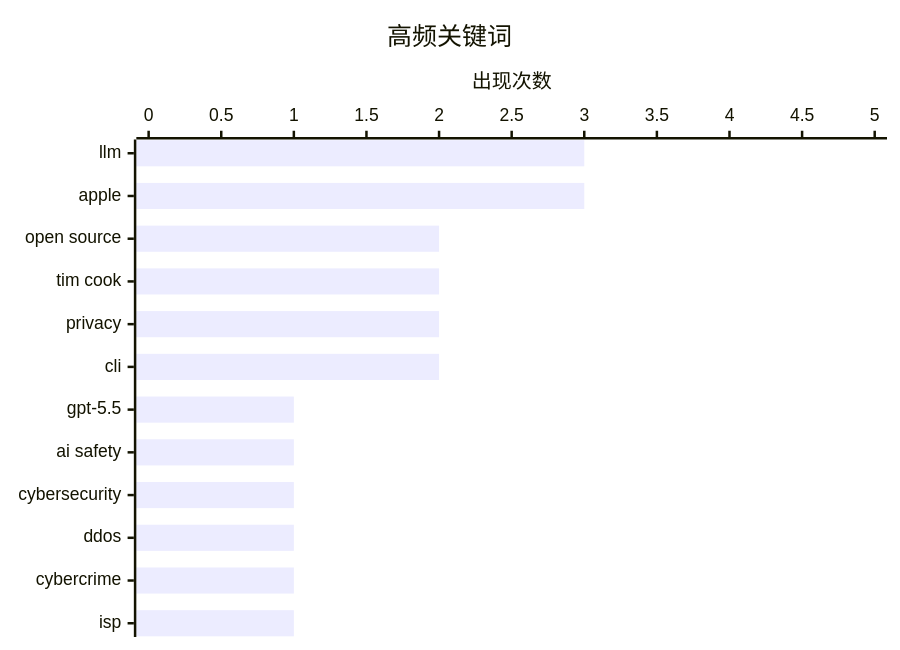
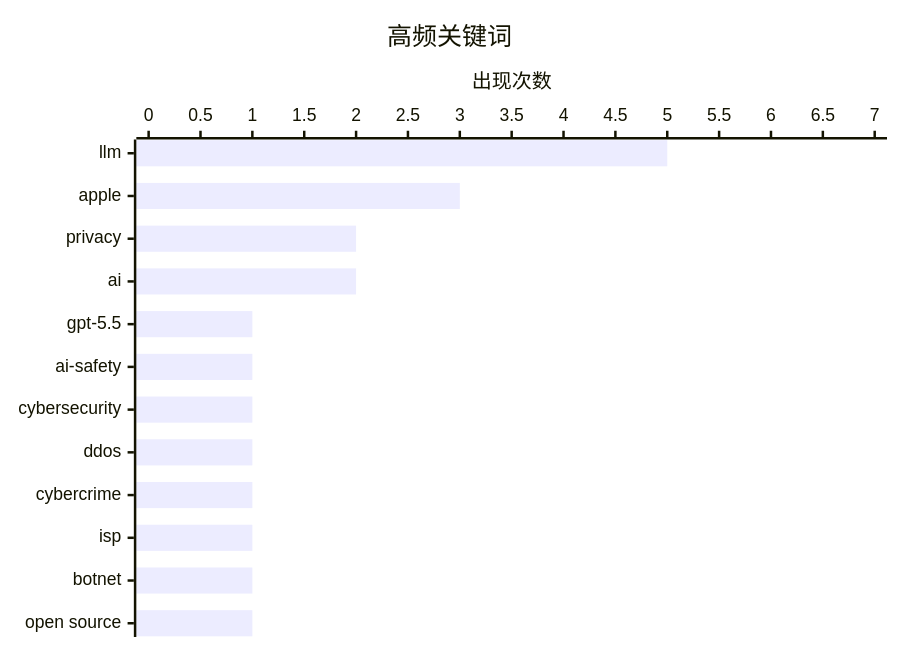
One commit to AllenX-Li/ai-daily-digest changed the second of 2 diagrams in docs/digest-20260502.md. Above: the diagram before and after it, drawn with Mermaid. The commit also changed other lines of this file and 2 other files, not shown here.

````diff
--- a/docs/digest-20260502.md
+++ b/docs/digest-20260502.md
@@ -66,7 +66,7 @@
 ```mermaid
 xychart-beta horizontal
     title "高频关键词"
-    x-axis ["llm", "apple", "open source", "tim cook", "privacy", "cli", "gpt-5.5", "ai safety", "cybersecurity", "ddos", "cybercrime", "isp"]
-    y-axis "出现次数" 0 --> 5
-    bar [3, 3, 2, 2, 2, 2, 1, 1, 1, 1, 1, 1]
+    x-axis ["llm", "apple", "privacy", "ai", "gpt-5.5", "ai-safety", "cybersecurity", "ddos", "cybercrime", "isp", "botnet", "open source"]
+    y-axis "出现次数" 0 --> 7
+    bar [5, 3, 2, 2, 1, 1, 1, 1, 1, 1, 1, 1]
 ```
````
